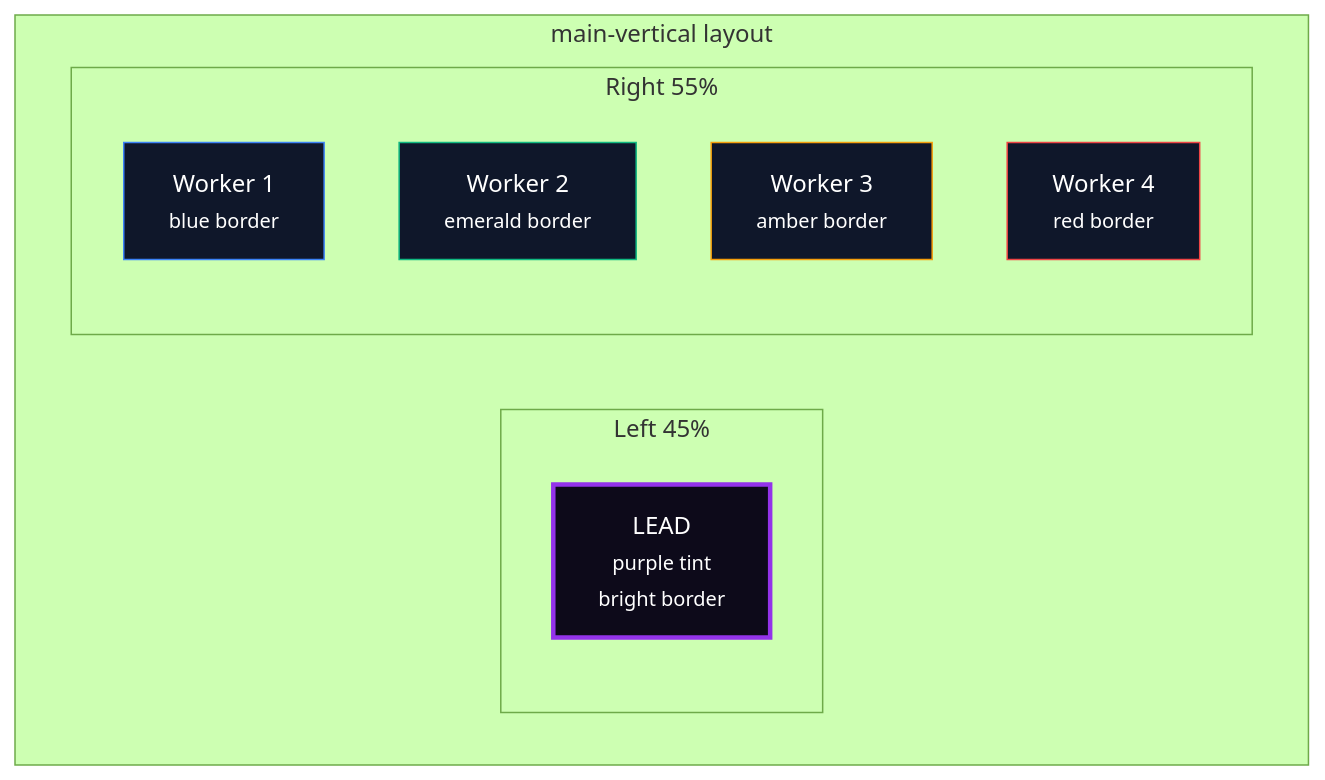
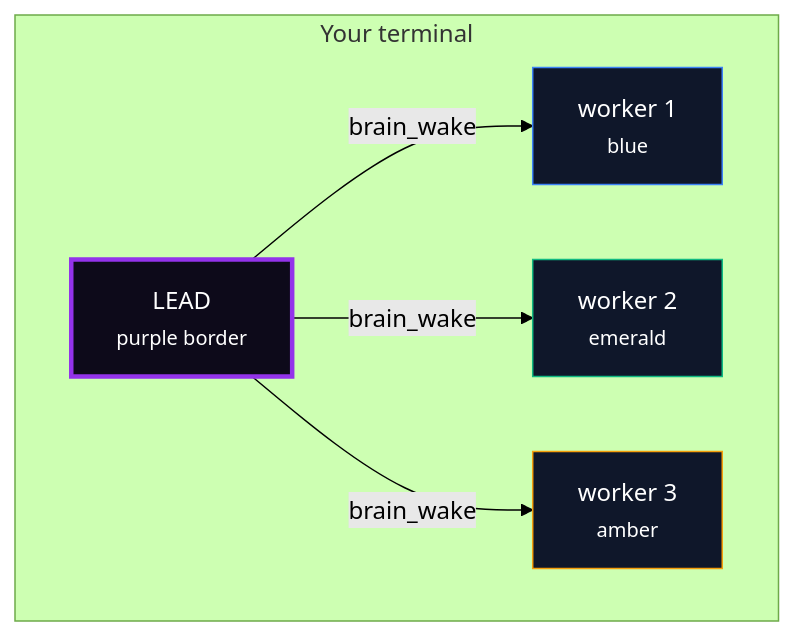
The eighth of 8 diagrams in README.md (DevvGwardo/brain-mcp), drawn with Mermaid (forest theme) before and after one commit. The commit also changed other lines of this file and 18 other files, not shown here.

````diff
--- a/README.md
+++ b/README.md
@@ -419,21 +578,18 @@
 ```mermaid
 graph TB
-    subgraph "main-vertical layout"
+    subgraph "Your terminal"
         direction LR
-        subgraph "Left 45%"
-            Lead["LEAD<br/><small>purple tint</small><br/><small>bright border</small>"]
-        end
-        subgraph "Right 55%"
-            W1["Worker 1<br/><small>blue border</small>"]
-            W2["Worker 2<br/><small>emerald border</small>"]
-            W3["Worker 3<br/><small>amber border</small>"]
-            W4["Worker 4<br/><small>red border</small>"]
-        end
+        L["LEAD<br/><small>purple border</small>"]
+        W1["worker 1<br/><small>blue</small>"]
+        W2["worker 2<br/><small>emerald</small>"]
+        W3["worker 3<br/><small>amber</small>"]
     end
+    L -->|brain_wake| W1
+    L -->|brain_wake| W2
+    L -->|brain_wake| W3
 
-    style Lead fill:#0d0a1a,stroke:#9333EA,color:#fff,stroke-width:3px
+    style L fill:#0d0a1a,stroke:#9333EA,color:#fff,stroke-width:3px
     style W1 fill:#0F172A,stroke:#3B82F6,color:#fff
     style W2 fill:#0F172A,stroke:#10B981,color:#fff
     style W3 fill:#0F172A,stroke:#F59E0B,color:#fff
-    style W4 fill:#0F172A,stroke:#EF4444,color:#fff
 ```
````
